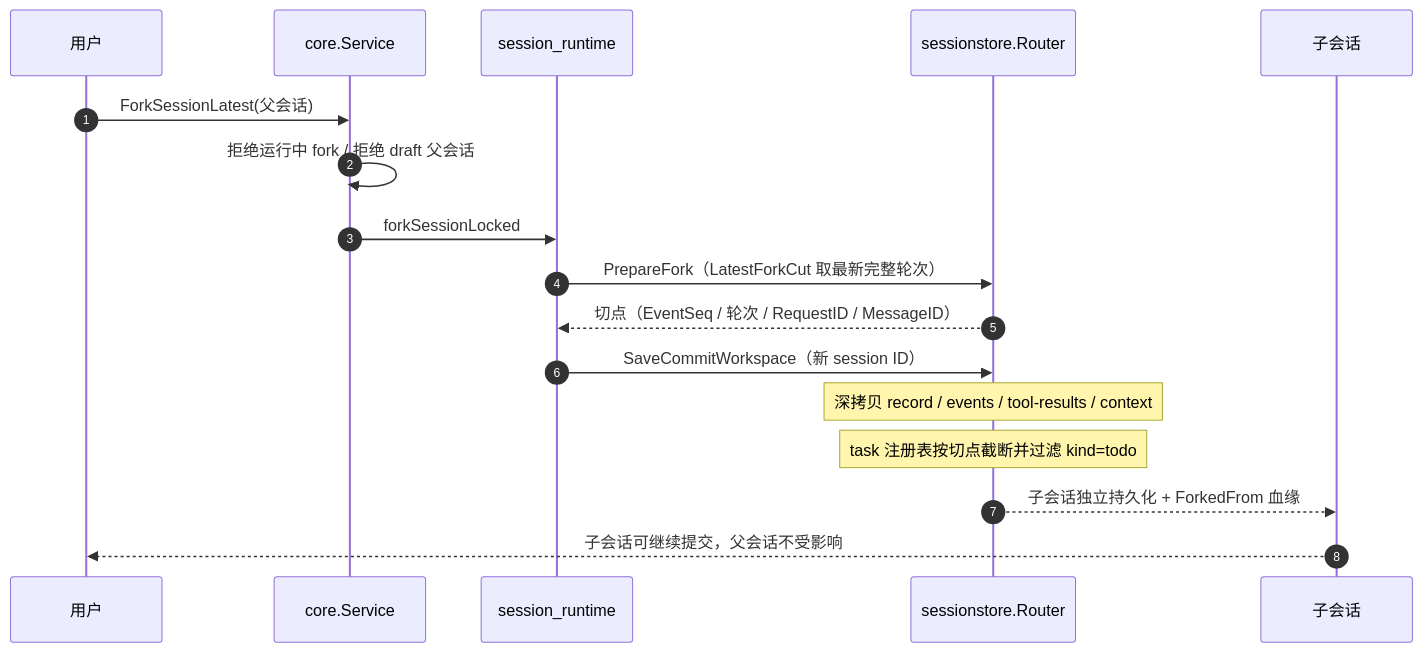
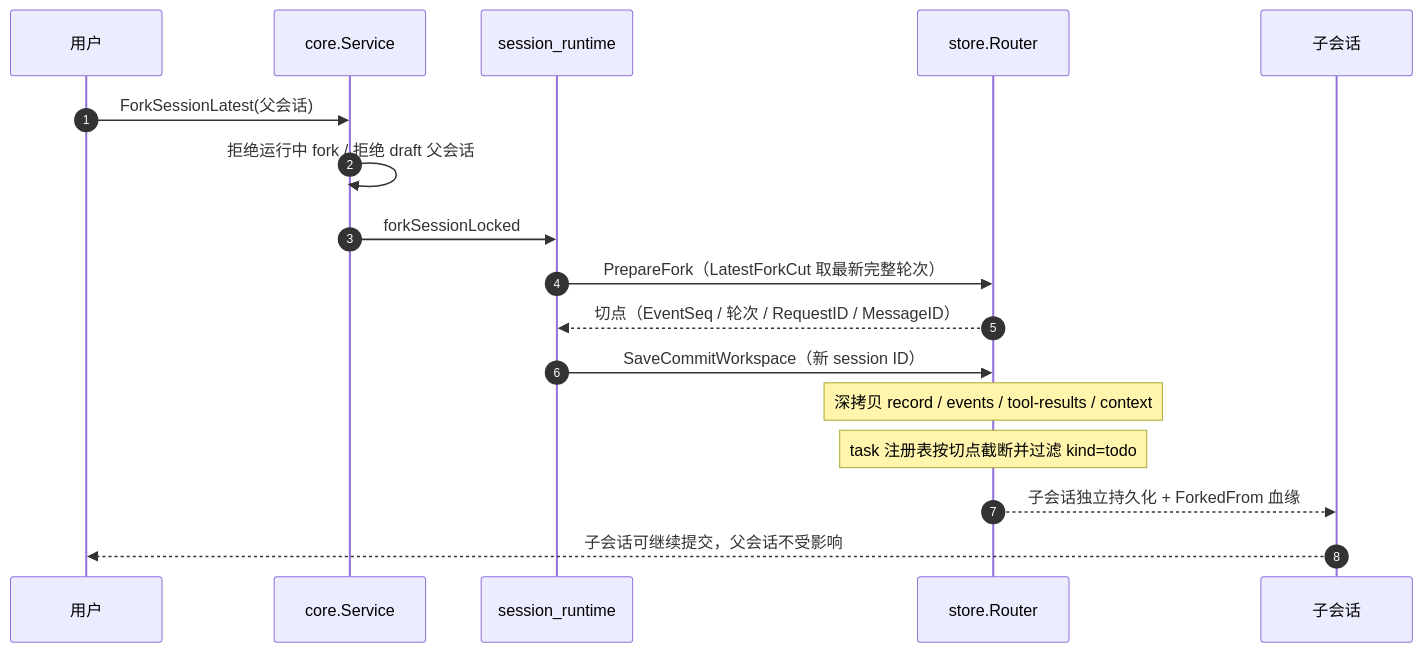
Before and after one commit to RedHuang-0622/seelex: the fourth of 4 diagrams in application/core/README.md, drawn with Mermaid. The commit also changed other lines of this file and 1013 other files, not shown here.

````diff
--- a/application/core/README.md
+++ b/application/core/README.md
@@ -357,20 +355,20 @@
 ```mermaid
 sequenceDiagram
     autonumber
     participant U as 用户
     participant S as core.Service
     participant SR as session_runtime
-    participant ST as sessionstore.Router
+    participant ST as store.Router
     participant NEW as 子会话
 
     U->>S: ForkSessionLatest(父会话)
     S->>S: 拒绝运行中 fork / 拒绝 draft 父会话
     S->>SR: forkSessionLocked
     SR->>ST: PrepareFork（LatestForkCut 取最新完整轮次）
     ST-->>SR: 切点（EventSeq / 轮次 / RequestID / MessageID）
     SR->>ST: SaveCommitWorkspace（新 session ID）
     Note over ST: 深拷贝 record / events / tool-results / context
     Note over ST: task 注册表按切点截断并过滤 kind=todo
     ST-->>NEW: 子会话独立持久化 + ForkedFrom 血缘
     NEW-->>U: 子会话可继续提交，父会话不受影响
 ```
````
